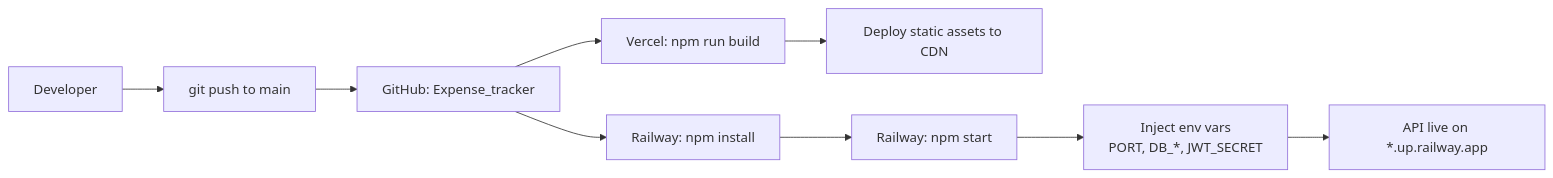
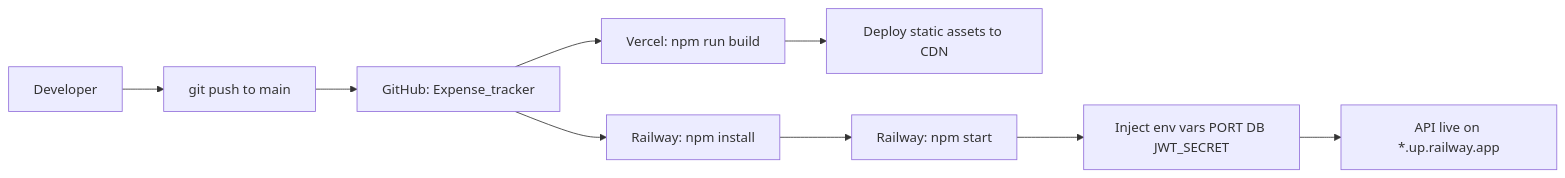
One commit to ShamindaKanchana/Expense_tracker changed the fourth of 4 diagrams in docs/deployment/architecture.md. Above: the diagram before and after it, drawn with Mermaid. The commit also changed other lines of this file, not shown here.

First line of the commit message:
Fix Mermaid diagrams for GitHub rendering

````diff
--- a/docs/deployment/architecture.md
+++ b/docs/deployment/architecture.md
@@ -180,13 +180,13 @@
 ```mermaid
 flowchart LR
     Dev["Developer"] --> Push["git push to main"]
     Push --> GH["GitHub: Expense_tracker"]
 
     GH --> VBuild["Vercel: npm run build"]
     VBuild --> VCDN["Deploy static assets to CDN"]
 
     GH --> RBuild["Railway: npm install"]
     RBuild --> RRun["Railway: npm start"]
-    RRun --> REnv["Inject env vars<br/>PORT, DB_*, JWT_SECRET"]
+    RRun --> REnv["Inject env vars PORT DB JWT_SECRET"]
     REnv --> APIUp["API live on *.up.railway.app"]
 ```
````
